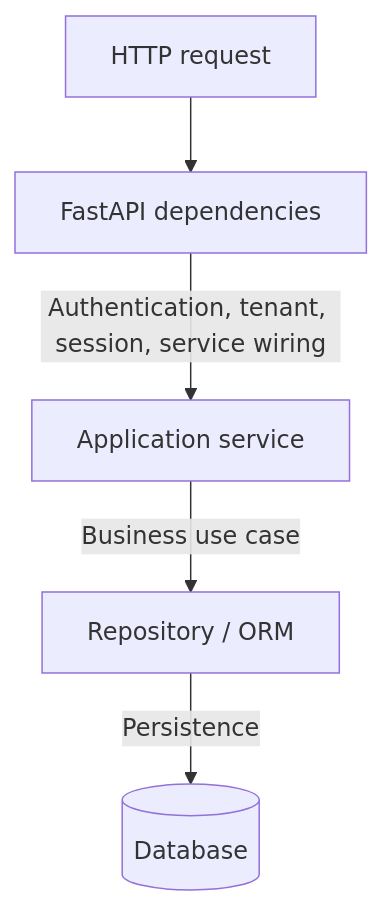
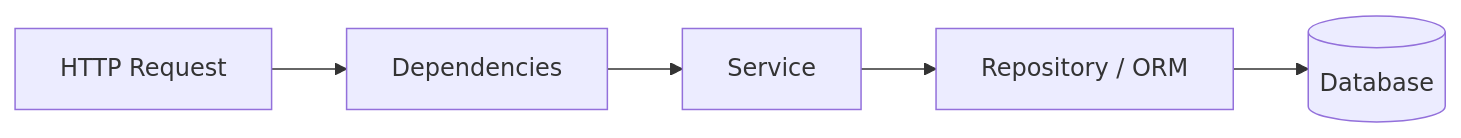
One commit to AvadhBhalodiya/Interview-Preparation changed the tenth of 11 diagrams in src/content/fastapi/dependency-injection-depends.md. Above: the diagram before and after it, drawn with Mermaid. The commit also changed other lines of this file and 80 other files, not shown here.

````diff
--- a/src/content/fastapi/dependency-injection-depends.md
+++ b/src/content/fastapi/dependency-injection-depends.md
@@ -1313,7 +795,7 @@
 ```mermaid
-flowchart TD
-    A[HTTP request] --> B[FastAPI dependencies]
-    B -->|"Authentication, tenant, session, service wiring"| C[Application service]
-    C -->|Business use case| D["Repository / ORM"]
-    D -->|Persistence| E[(Database)]
+flowchart LR
+    A[HTTP Request] --> B[Dependencies]
+    B --> C[Service]
+    C --> D[Repository / ORM]
+    D --> E[(Database)]
 ```
````
